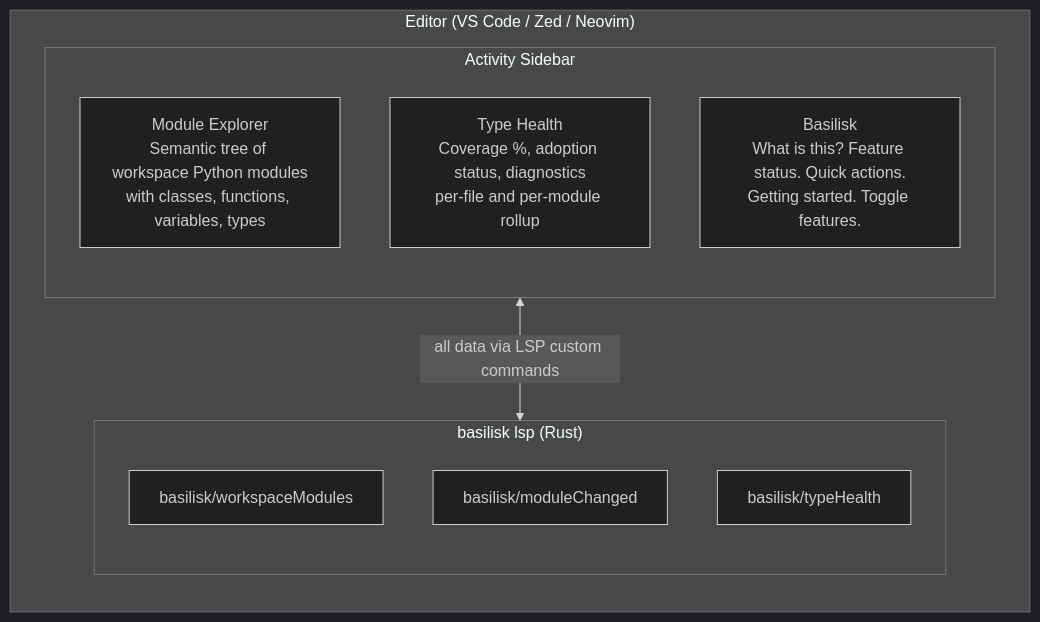
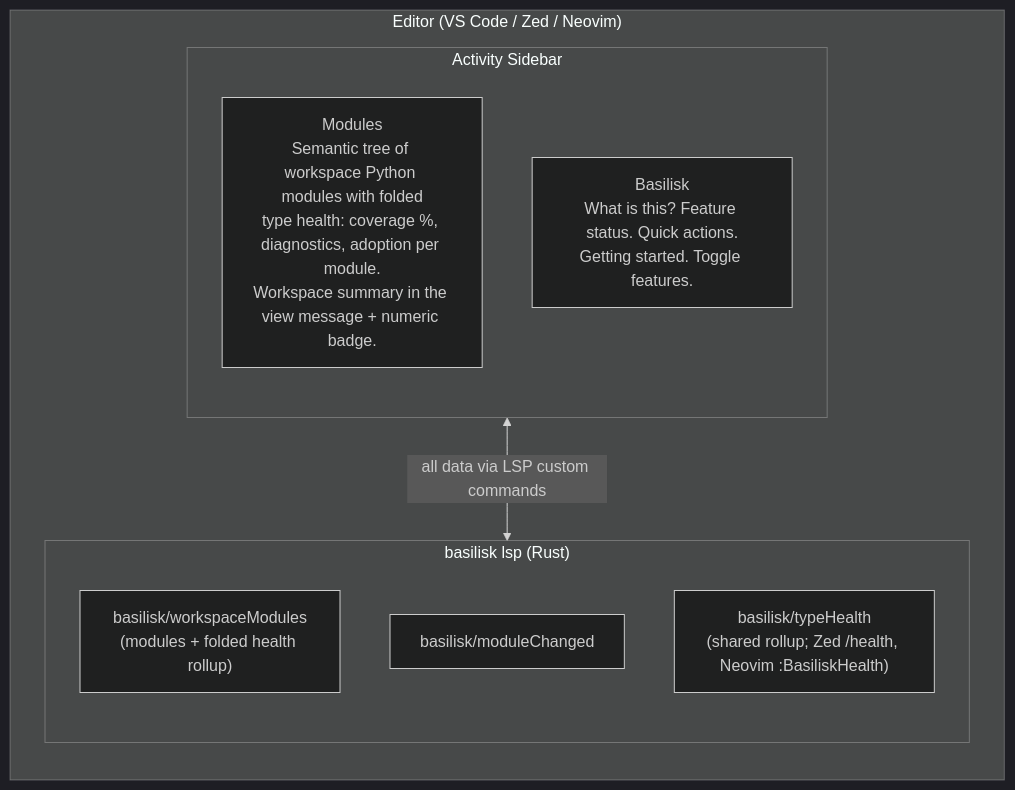
Before and after one commit to Nimblesite/Basilisk: the diagram in docs/specs/EXTENSION-ACTIVITY-PANEL-SPEC.md, drawn with Mermaid (dark theme). The commit also changed other lines of this file and 14 other files, not shown here.

````diff
--- a/docs/specs/EXTENSION-ACTIVITY-PANEL-SPEC.md
+++ b/docs/specs/EXTENSION-ACTIVITY-PANEL-SPEC.md
@@ -24,20 +24,19 @@
 ```mermaid
 flowchart TB
     subgraph Editor["Editor (VS Code / Zed / Neovim)"]
         direction TB
         subgraph Sidebar["Activity Sidebar"]
             direction TB
-            ME["Module Explorer<br/>Semantic tree of workspace Python modules<br/>with classes, functions, variables, types"]
-            TH["Type Health<br/>Coverage %, adoption status, diagnostics<br/>per-file and per-module rollup"]
+            ME["Modules<br/>Semantic tree of workspace Python modules with folded<br/>type health: coverage %, diagnostics, adoption per module.<br/>Workspace summary in the view message + numeric badge."]
             BK["Basilisk<br/>What is this? Feature status. Quick actions.<br/>Getting started. Toggle features."]
         end
         subgraph LSP["basilisk lsp (Rust)"]
             direction TB
-            C1["basilisk/workspaceModules"]
+            C1["basilisk/workspaceModules<br/>(modules + folded health rollup)"]
             C2["basilisk/moduleChanged"]
-            C3["basilisk/typeHealth"]
+            C3["basilisk/typeHealth<br/>(shared rollup; Zed /health, Neovim :BasiliskHealth)"]
         end
     end
 
     Sidebar <-->|"all data via LSP custom commands"| LSP
 ```
````
